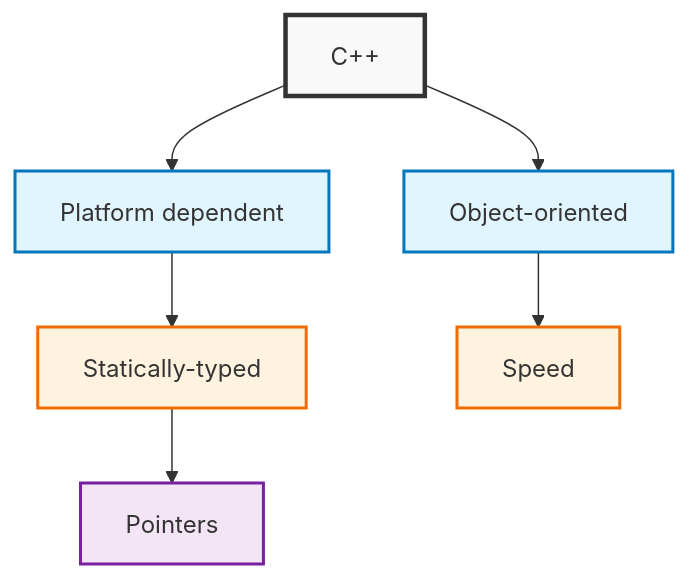
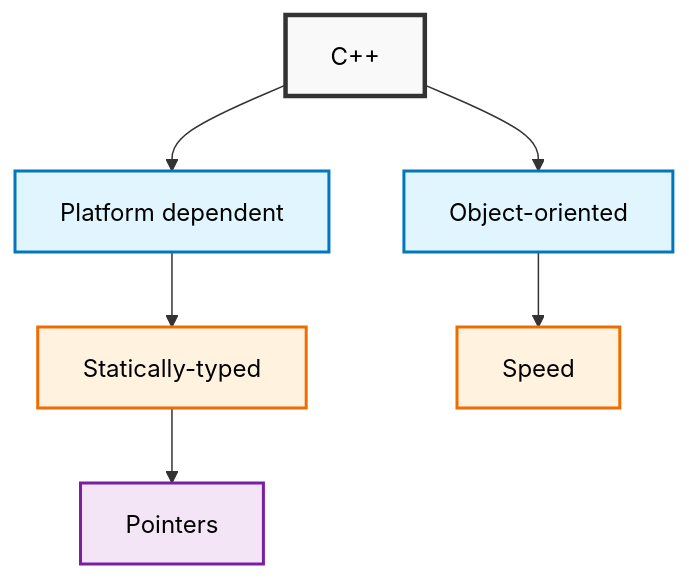
Before and after one commit to siddharthkumarrai/Cpp_Guide: the diagram in README.md, drawn with Mermaid.

````diff
--- a/README.md
+++ b/README.md
@@ -3,15 +3,15 @@
 ```mermaid
 graph TD
     A["C++"] --> B["Platform dependent"]
     A --> C["Object-oriented"]
     B --> D["Statically-typed"]
     C --> E["Speed"]
     D --> F["Pointers"]
-     
-    style A fill:#f9f9f9,stroke:#333,stroke-width:3px
-    style B fill:#e1f5fe,stroke:#0277bd,stroke-width:2px
-    style C fill:#e1f5fe,stroke:#0277bd,stroke-width:2px
-    style D fill:#fff3e0,stroke:#ef6c00,stroke-width:2px
-    style E fill:#fff3e0,stroke:#ef6c00,stroke-width:2px
-    style F fill:#f3e5f5,stroke:#7b1fa2,stroke-width:2px
+    
+    style A fill:#f9f9f9,stroke:#333,stroke-width:3px,color:#000
+    style B fill:#e1f5fe,stroke:#0277bd,stroke-width:2px,color:#000
+    style C fill:#e1f5fe,stroke:#0277bd,stroke-width:2px,color:#000
+    style D fill:#fff3e0,stroke:#ef6c00,stroke-width:2px,color:#000
+    style E fill:#fff3e0,stroke:#ef6c00,stroke-width:2px,color:#000
+    style F fill:#f3e5f5,stroke:#7b1fa2,stroke-width:2px,color:#000
 ```
````
